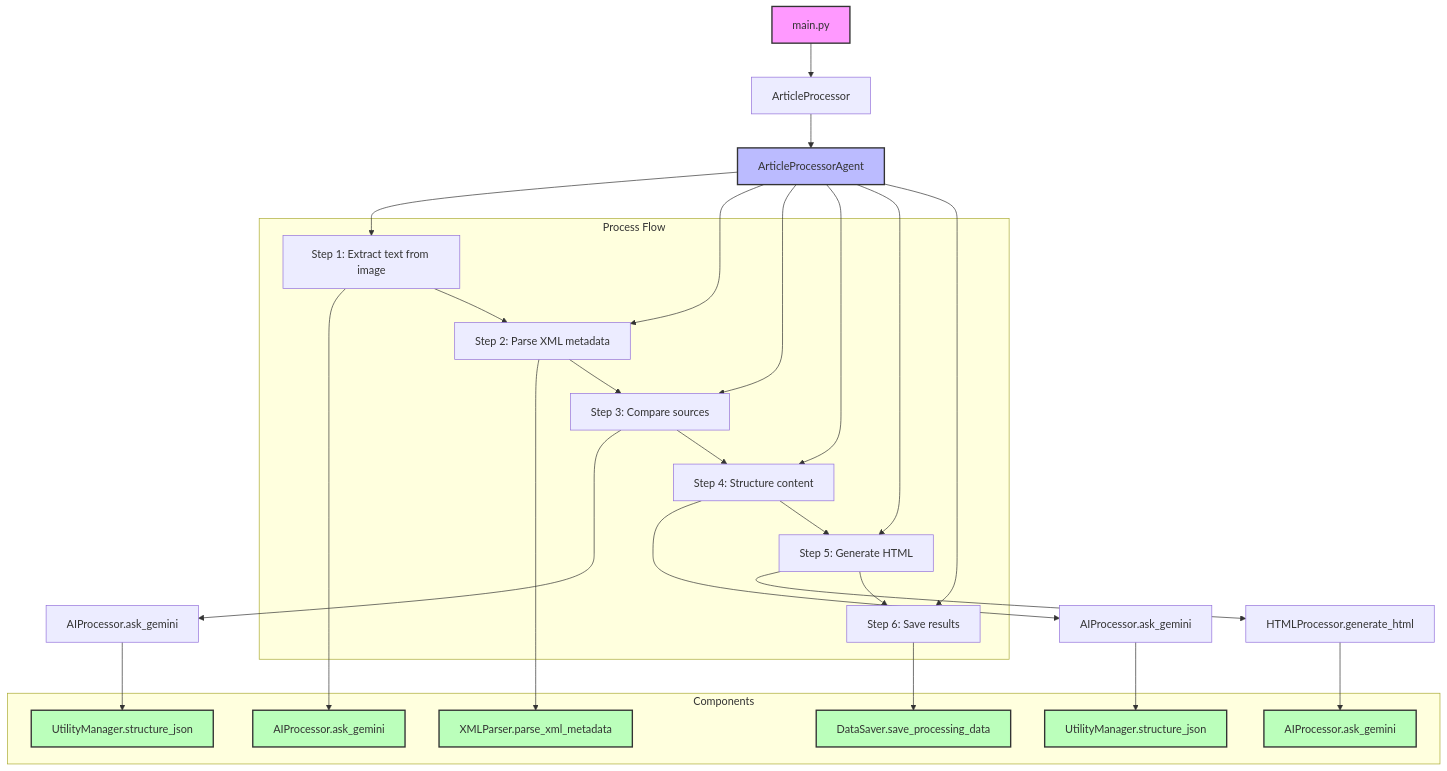
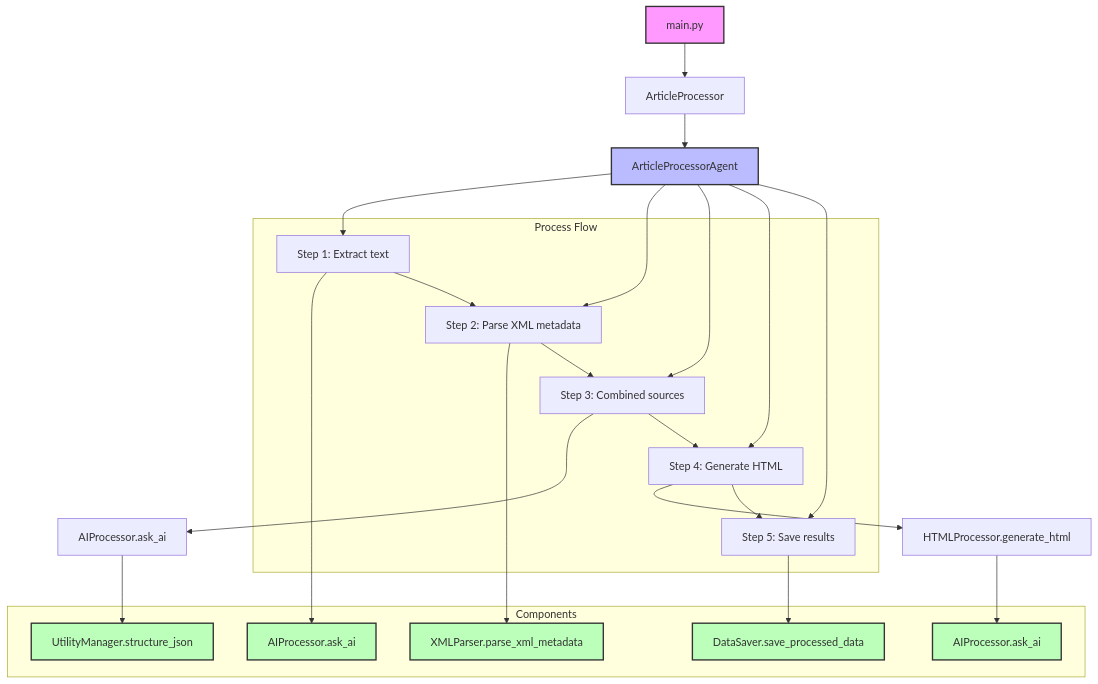
The diagram in README.md (rjoydip/genai-article-processor), drawn with Mermaid before and after one commit. The commit also changed other lines of this file and 27 other files, not shown here.

````diff
--- a/README.md
+++ b/README.md
@@ -26,48 +25,42 @@
 ```mermaid
 graph TD
     A[main.py] --> B[ArticleProcessor]
     B --> C[ArticleProcessorAgent]
-    
-    C --> D[Step 1: Extract text from image]
-    D --> E[AIProcessor.ask_gemini]
-    
+
+    C --> D[Step 1: Extract text]
+    D --> E[AIProcessor.ask_ai]
+
     C --> F[Step 2: Parse XML metadata]
     F --> G[XMLParser.parse_xml_metadata]
-    
-    C --> H[Step 3: Compare sources]
-    H --> I[AIProcessor.ask_gemini]
+
+    C --> H[Step 3: Combined sources]
+    H --> I[AIProcessor.ask_ai]
     I --> J[UtilityManager.structure_json]
-    
-    C --> K[Step 4: Structure content]
-    K --> L[AIProcessor.ask_gemini]
-    L --> M[UtilityManager.structure_json]
-    
-    C --> N[Step 5: Generate HTML]
-    N --> O[HTMLProcessor.generate_html]
-    O --> P[AIProcessor.ask_gemini]
-    
-    C --> Q[Step 6: Save results]
-    Q --> R[DataSaver.save_processing_data]
-    
+
+    C --> K[Step 4: Generate HTML]
+    K --> L[HTMLProcessor.generate_html]
+    L --> M[AIProcessor.ask_ai]
+
+    C --> Q[Step 5: Save results]
+    Q --> R[DataSaver.save_processed_data]
+
     subgraph Components
         E
         G
         J
         M
-        P
         R
     end
-    
+
     subgraph Process Flow
-        D --> F --> H --> K --> N --> Q
+        D --> F --> H --> K --> Q
     end
-    
+
     style A fill:#f9f,stroke:#333,stroke-width:2px
     style C fill:#bbf,stroke:#333,stroke-width:2px
     style E fill:#bfb,stroke:#333,stroke-width:2px
     style G fill:#bfb,stroke:#333,stroke-width:2px
     style J fill:#bfb,stroke:#333,stroke-width:2px
     style M fill:#bfb,stroke:#333,stroke-width:2px
-    style P fill:#bfb,stroke:#333,stroke-width:2px
     style R fill:#bfb,stroke:#333,stroke-width:2px
 ```
````
